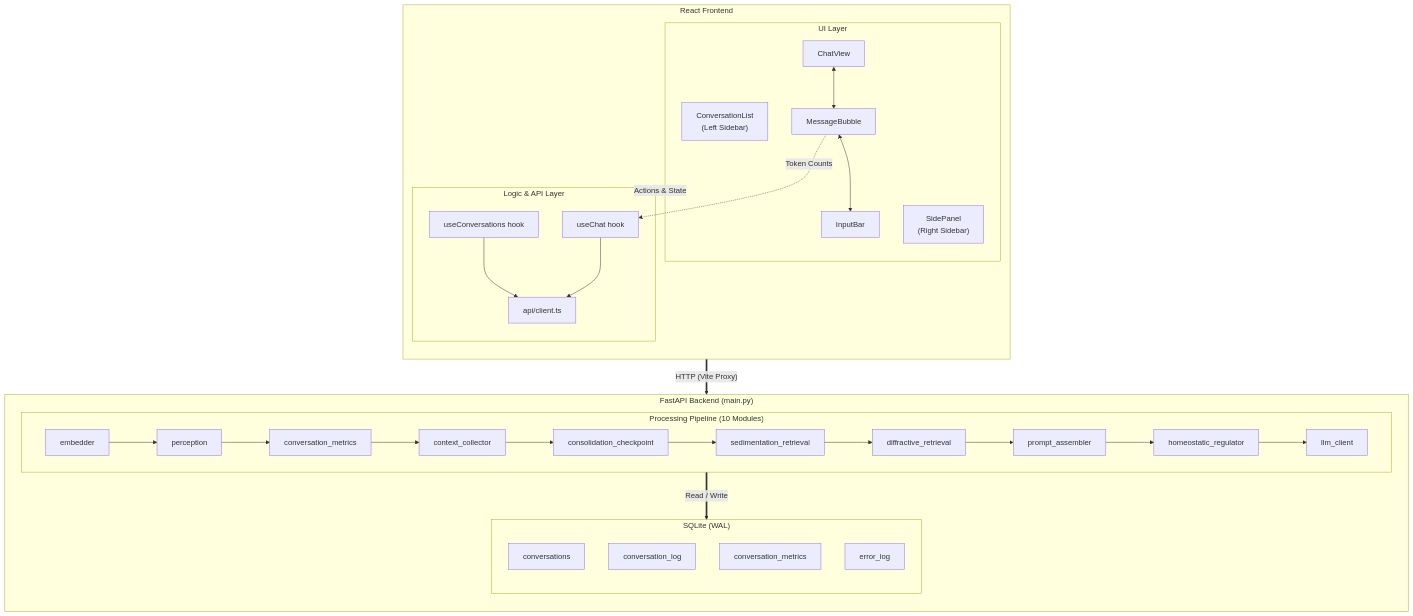
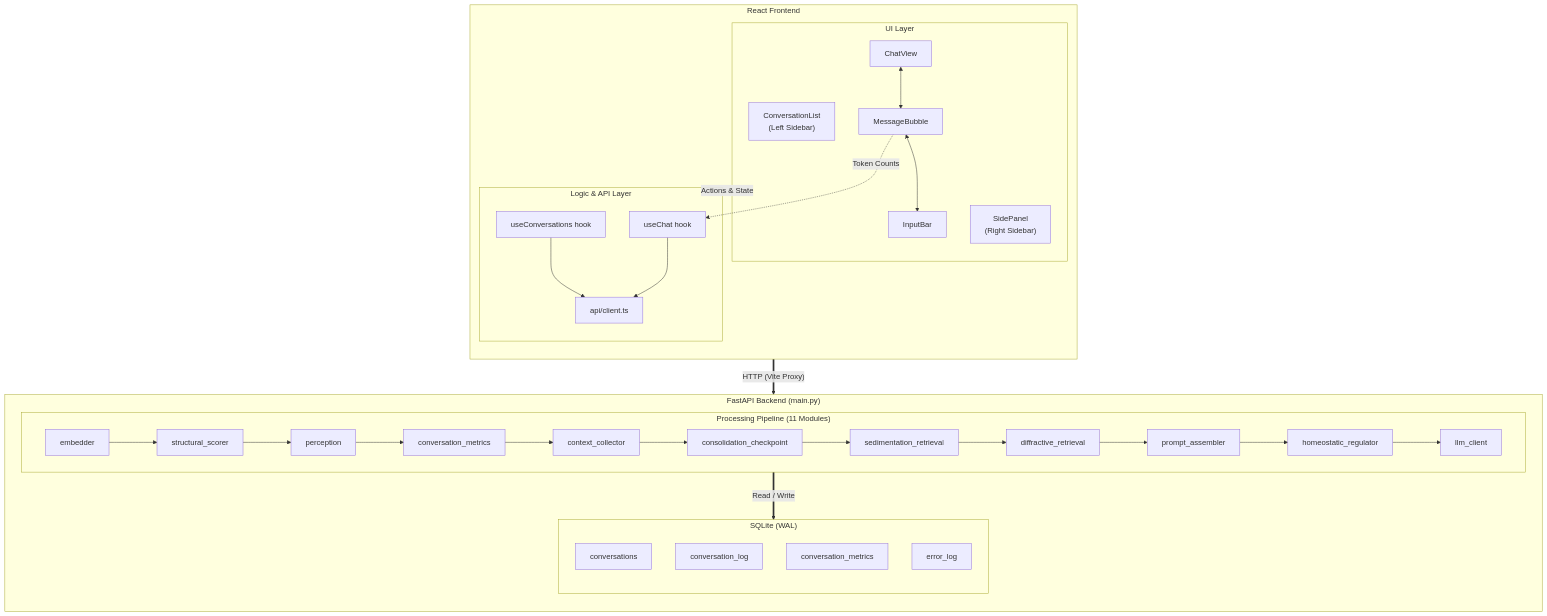
The first of 5 diagrams in docs/ARCHITECTURE.md (sympoietic-systems/AAA), drawn with Mermaid before and after one commit. The commit also changed other lines of this file and 17 other files, not shown here.

````diff
--- a/docs/ARCHITECTURE.md
+++ b/docs/ARCHITECTURE.md
@@ -5,41 +5,41 @@
 ```mermaid
 graph TB
     subgraph Frontend ["React Frontend"]
         direction TB
         subgraph Components ["UI Layer"]
             CL["ConversationList<br/>(Left Sidebar)"]
             CV["ChatView"]
             MB["MessageBubble"]
             IB["InputBar"]
             SP["SidePanel<br/>(Right Sidebar)"]
         end
         subgraph Logic ["Logic & API Layer"]
             UC["useChat hook"]
             UCO["useConversations hook"]
             AC["api/client.ts"]
         end
         CV <--> MB <--> IB
         MB -.->|Token Counts| UC
         UC & UCO --> AC
     end
 
     subgraph Backend ["FastAPI Backend (main.py)"]
         direction TB
-        subgraph Pipeline ["Processing Pipeline (10 Modules)"]
+        subgraph Pipeline ["Processing Pipeline (11 Modules)"]
             direction LR
-            M1["embedder"] --> M2["perception"] --> M3["conversation_metrics"] --> M4["context_collector"] --> M5["consolidation_checkpoint"] --> M6["sedimentation_retrieval"] --> M7["diffractive_retrieval"] --> M8["prompt_assembler"] --> M9["homeostatic_regulator"] --> M10["llm_client"]
+            M1["embedder"] --> M1_5["structural_scorer"] --> M2["perception"] --> M3["conversation_metrics"] --> M4["context_collector"] --> M5["consolidation_checkpoint"] --> M6["sedimentation_retrieval"] --> M7["diffractive_retrieval"] --> M8["prompt_assembler"] --> M9["homeostatic_regulator"] --> M10["llm_client"]
         end
         
         subgraph Database ["SQLite (WAL)"]
             direction TB
             db1["conversations"]
             db2["conversation_log"]
             db3["conversation_metrics"]
             db4["error_log"]
         end
     end
 
     Components -. "Actions & State" .-> Logic
     AC == "HTTP (Vite Proxy)" ==> Backend
     Pipeline == "Read / Write" ==> Database
 ```
````
